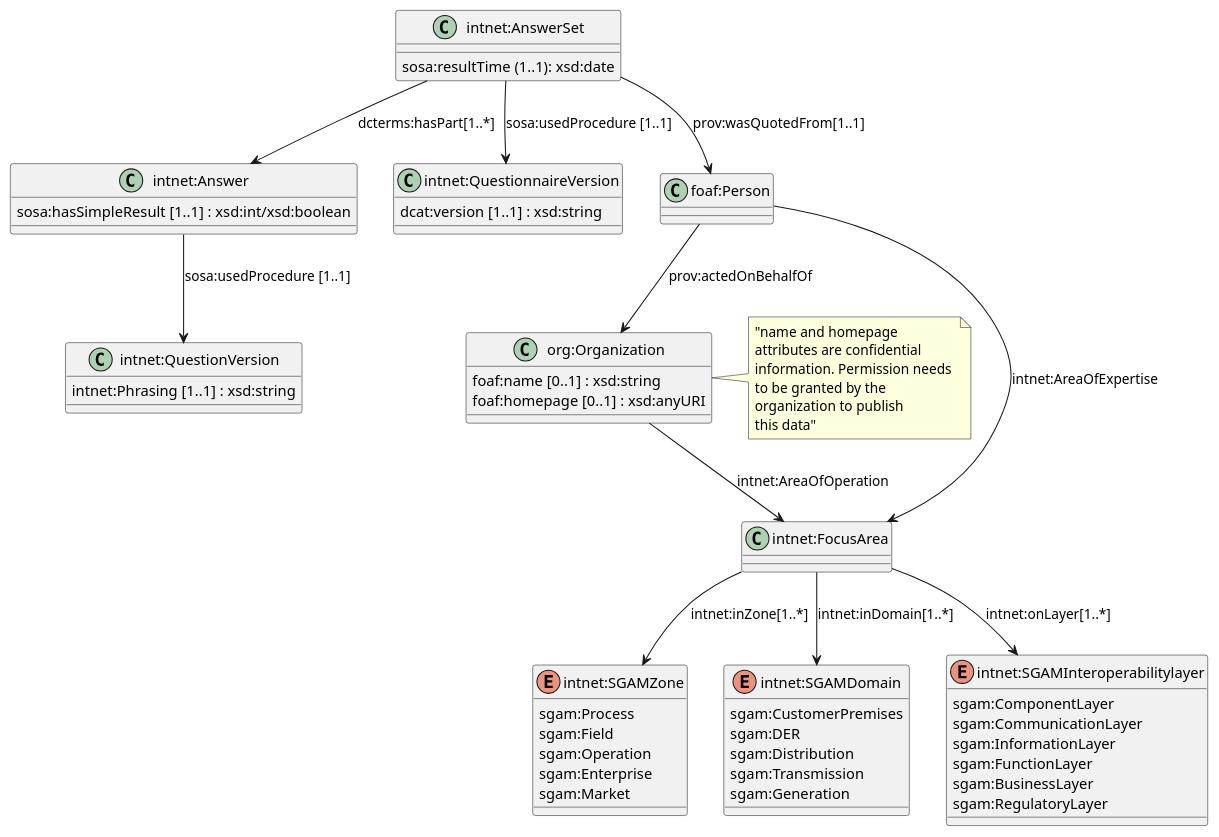
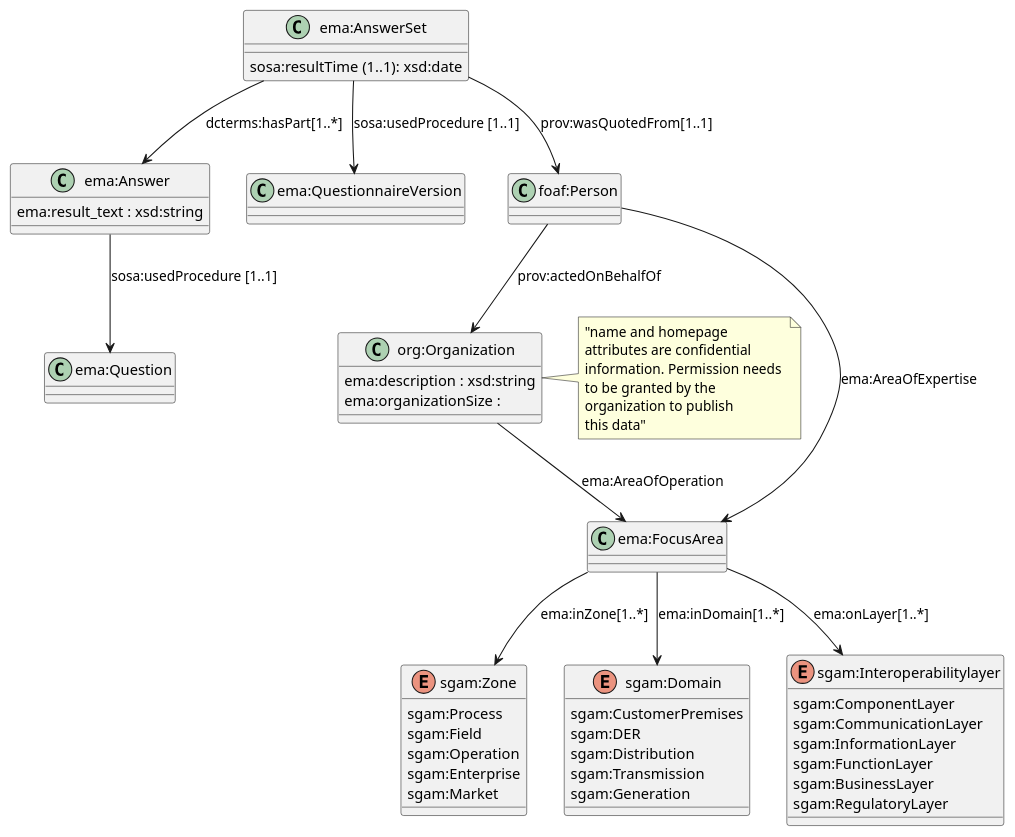
The diagram in InformationModels/AnswersetProfile.plantuml (int-net/EminentModel), drawn with PlantUML before and after one commit. The commit also changed 6 other files, not shown here.

```diff
--- a/InformationModels/AnswersetProfile.plantuml
+++ b/InformationModels/AnswersetProfile.plantuml
@@ -1,68 +1,68 @@
 @startuml Answer Set Profile
 
-class "intnet:AnswerSet" as Anss {
+class "ema:AnswerSet" as Anss {
     sosa:resultTime (1..1): xsd:date
 }
 
-class "intnet:Answer" as Ans {
-    sosa:hasSimpleResult [1..1] : xsd:int/xsd:boolean
+class "ema:Answer" as Ans {
+    ema:result_text : xsd:string
 }
-class "intnet:QuestionnaireVersion" as QRV {
-    dcat:version [1..1] : xsd:string
+class "ema:QuestionnaireVersion" as QRV {
 }
 
-class "intnet:QuestionVersion" as QV {
-    intnet:Phrasing [1..1] : xsd:string
+class "ema:Question" as QV {
 }
+
 
 class "foaf:Person" as Person
 
 class "org:Organization" as Organization {
-    foaf:name [0..1] : xsd:string
-    foaf:homepage [0..1] : xsd:anyURI
+    ema:description : xsd:string
+    ema:organizationSize : 
+
 }
 
 note right : "name and homepage \nattributes are confidential \ninformation. Permission needs \nto be granted by the \norganization to publish \nthis data" 
 
-class "intnet:FocusArea" as FA
+class "ema:FocusArea" as FA
 
-enum "intnet:SGAMZone" as iopz {
+enum "sgam:Zone" as iopz {
     sgam:Process 
     sgam:Field 
     sgam:Operation
     sgam:Enterprise
     sgam:Market
 }
 
-enum "intnet:SGAMDomain" as iopd {
+enum "sgam:Domain" as iopd {
     sgam:CustomerPremises
     sgam:DER 
     sgam:Distribution
     sgam:Transmission
     sgam:Generation
 }
 
-enum "intnet:SGAMInteroperabilitylayer" as iopl {
+enum "sgam:Interoperabilitylayer" as iopl {
     sgam:ComponentLayer
     sgam:CommunicationLayer
     sgam:InformationLayer
     sgam:FunctionLayer
     sgam:BusinessLayer
     sgam:RegulatoryLayer
 }
 
 Anss --> Ans : "dcterms:hasPart[1..*]"
 
 Anss --> QRV : "sosa:usedProcedure [1..1]"
 Ans --> QV : "sosa:usedProcedure [1..1]"
 
 Anss --> Person :"prov:wasQuotedFrom[1..1]"
 Person --> Organization : "prov:actedOnBehalfOf"
 
-FA --> iopd : "intnet:inDomain[1..*]"
-FA --> iopl : "intnet:onLayer[1..*]"
-FA --> iopz : "intnet:inZone[1..*]"
-Person --> FA : "intnet:AreaOfExpertise"
-Organization --> FA : "intnet:AreaOfOperation"
+FA --> iopd : "ema:inDomain[1..*]"
+FA --> iopl : "ema:onLayer[1..*]"
+FA --> iopz : "ema:inZone[1..*]"
+Person --> FA : "ema:AreaOfExpertise"
+Organization --> FA : "ema:AreaOfOperation"
 
 @enduml
```
